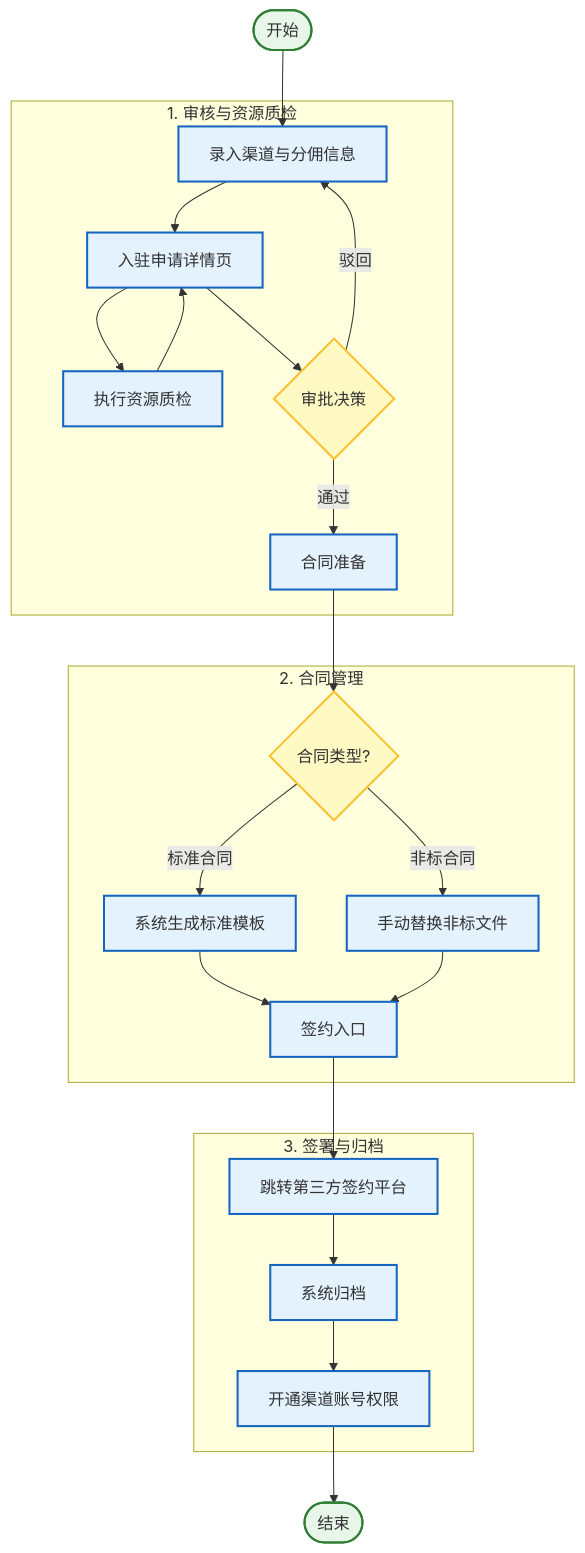
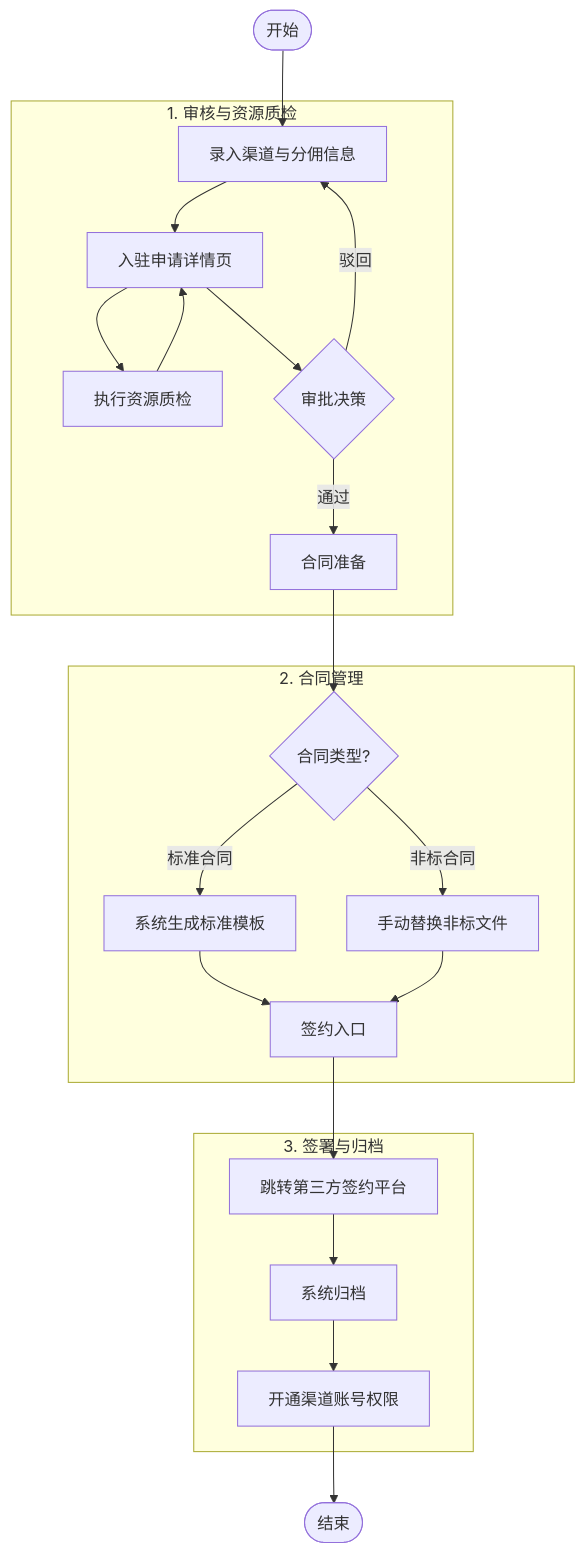
The first of 4 diagrams in docs/business-rules.md (njwander/channel-demo), drawn with Mermaid before and after one commit. The commit also changed other lines of this file and 3 other files, not shown here.

````diff
--- a/docs/business-rules.md
+++ b/docs/business-rules.md
@@ -40,41 +40,33 @@
 ```mermaid
 graph TD
     Start([开始]) --> Input[录入渠道与分佣信息]
     Input --> Detail[入驻申请详情页]
-    
+
     %% 第一阶段：审核与质检
     subgraph Stage1 [1. 审核与资源质检]
         Detail --> QCheck[执行资源质检]
         QCheck --> Detail
         Detail --> Approval{审批决策}
         Approval -- 驳回 --> Input
         Approval -- 通过 --> ContractPrep[合同准备]
     end
 
     %% 第二阶段：合同分流
     subgraph Stage2 [2. 合同管理]
         ContractPrep --> CheckType{合同类型?}
         CheckType -- 标准合同 --> StdContract[系统生成标准模板]
         CheckType -- 非标合同 --> ReplaceContract[手动替换非标文件]
         StdContract --> SignEntry[签约入口]
         ReplaceContract --> SignEntry
     end
 
     %% 第三阶段：签署与权限
     subgraph Stage3 [3. 签署与归档]
         SignEntry --> Signing[跳转第三方签约平台]
         Signing --> Archive[系统归档]
         Archive --> Grant[开通渠道账号权限]
     end
 
     Grant --> End([结束])
 
-    %% 样式美化
-    classDef process fill:#e3f2fd,stroke:#1565c0,stroke-width:2px;
-    classDef decision fill:#fff9c4,stroke:#fbc02d,stroke-width:2px;
-    classDef terminator fill:#e8f5e9,stroke:#2e7d32,stroke-width:2px,rx:10,ry:10;
-
-    class Input,Detail,QCheck,ContractPrep,StdContract,ReplaceContract,SignEntry,Signing,Archive,Grant process;
-    class Approval,CheckType decision;
-    class Start,End terminator;
 ```
````
